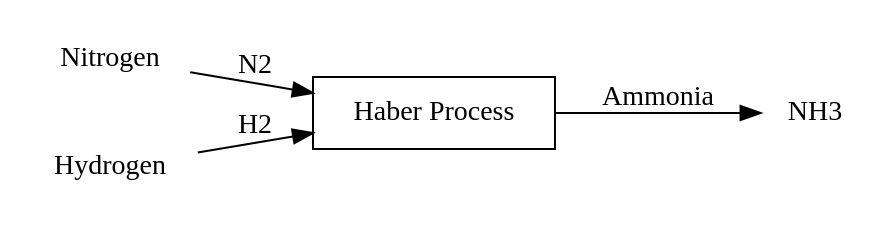
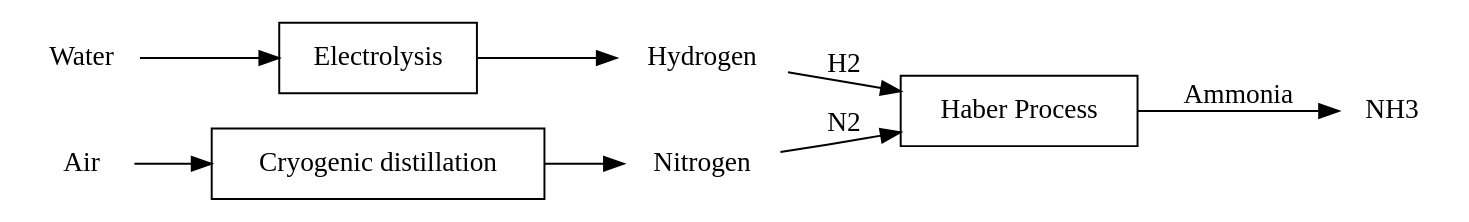
Before and after one commit to simulkade/energystorage: the diagram in code/fsm.gv, drawn with Graphviz. The commit also changed 9 other files, not shown here.

```diff
--- a/code/fsm.gv
+++ b/code/fsm.gv
@@ -1,12 +1,20 @@
 digraph "Process flow diagram" {
-	rankdir=LR size="6,4"
+	rankdir=LR size="10,6"
 	node [shape=none]
 	N2 [label=Nitrogen]
 	H2 [label=Hydrogen]
+	Air
 	NH3
+	Water
 	node [shape=rectangle]
 	HP [label="Haber Process"]
+	CD [label="Cryogenic distillation"]
+	Electrolysis
 	N2 -> HP [label=N2]
 	H2 -> HP [label=H2]
 	HP -> NH3 [label=Ammonia]
+	Air -> CD
+	CD -> N2
+	Water -> Electrolysis
+	Electrolysis -> H2
 }
```
